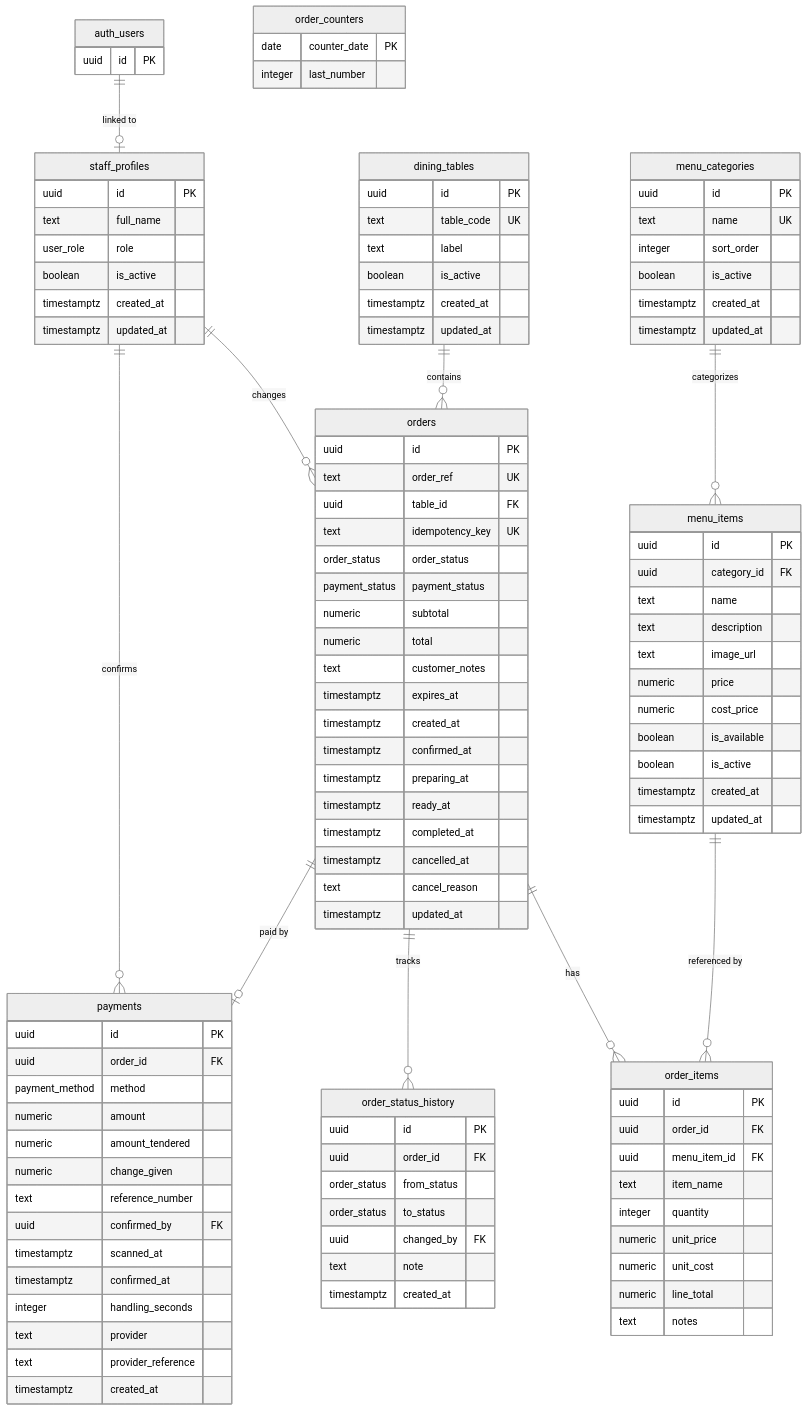
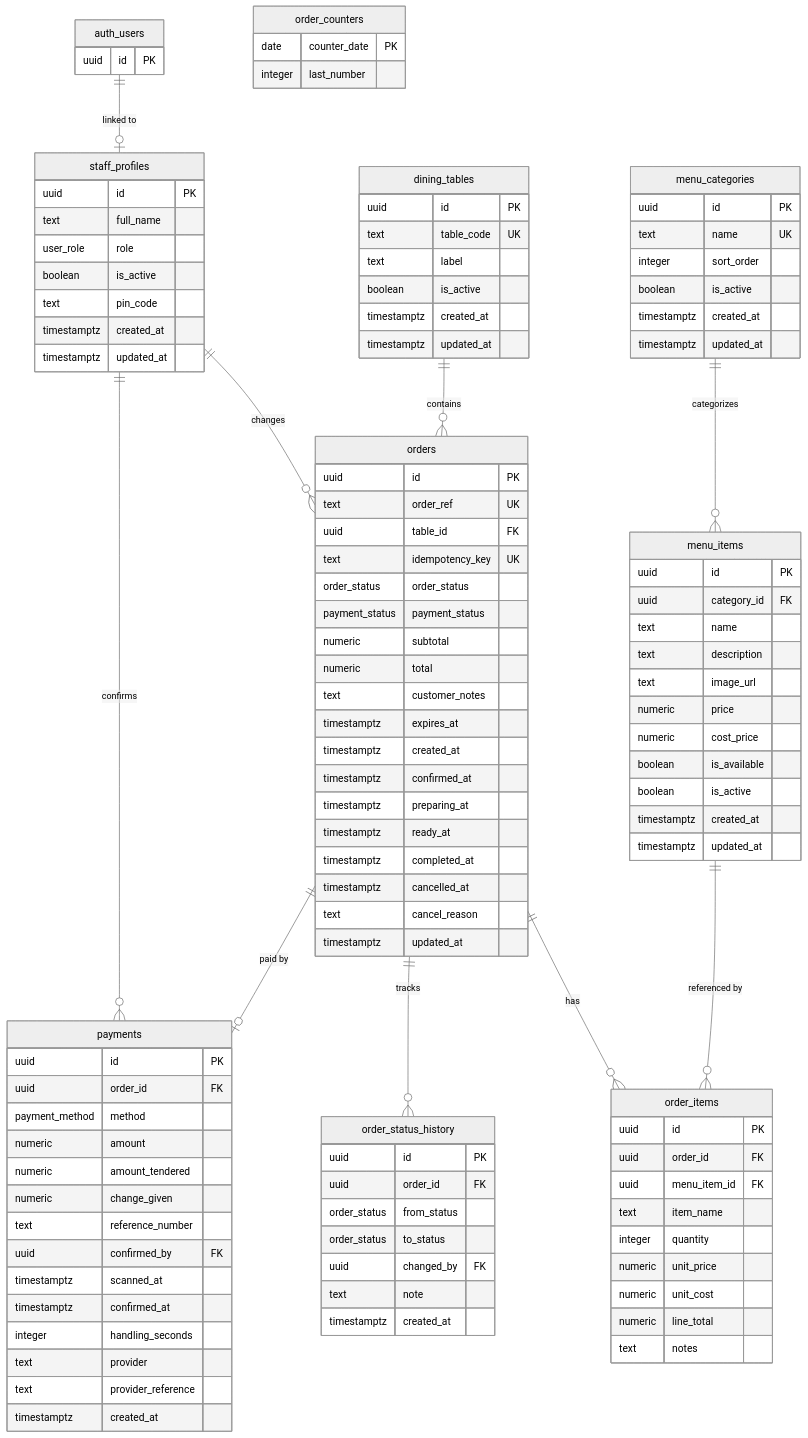
One commit to BensonRicohermoso/mesa-ai changed the diagram in docs/DATABASE.md. Above: the diagram before and after it, drawn with Mermaid (neutral theme). The commit also changed other lines of this file and 9 other files, not shown here.

```diff
--- a/docs/DATABASE.md
+++ b/docs/DATABASE.md
@@ -42,6 +44,7 @@
     text full_name
     user_role role
     boolean is_active
+    text pin_code
     timestamptz created_at
     timestamptz updated_at
   }
```
